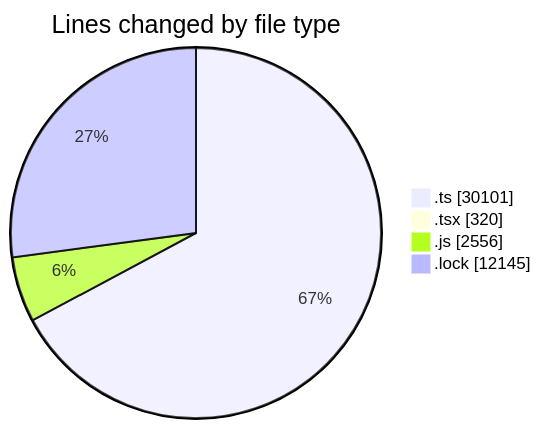
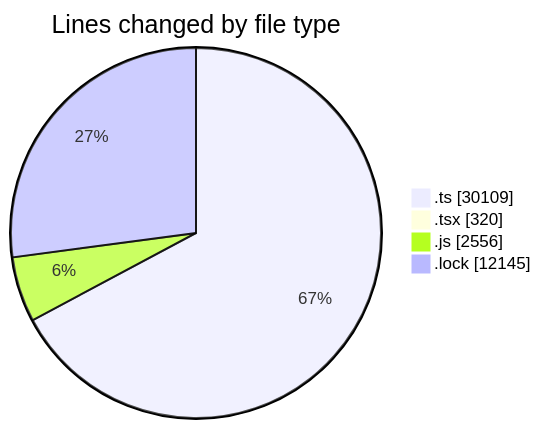
Before and after one commit to momahboobian/code-tracking: the first of 2 diagrams in 2025-08-13/cda/README.md, drawn with Mermaid. The commit also changed other lines of this file and 1 other file, not shown here.

````diff
--- a/2025-08-13/cda/README.md
+++ b/2025-08-13/cda/README.md
@@ -38,8 +38,8 @@
 ```mermaid
 pie showData
 title Lines changed by file type
-".ts" : 30101
+".ts" : 30109
 ".tsx" : 320
 ".js" : 2556
 ".lock" : 12145
 ```
````
